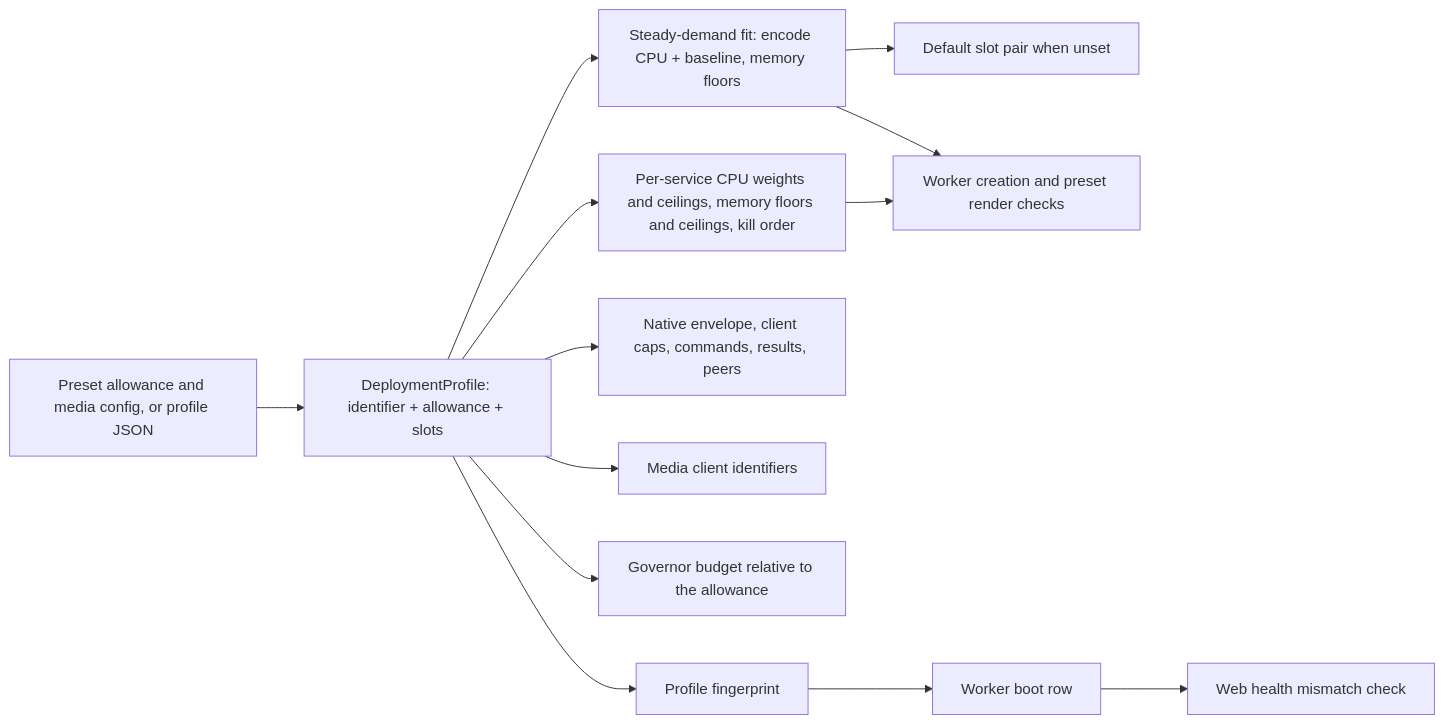
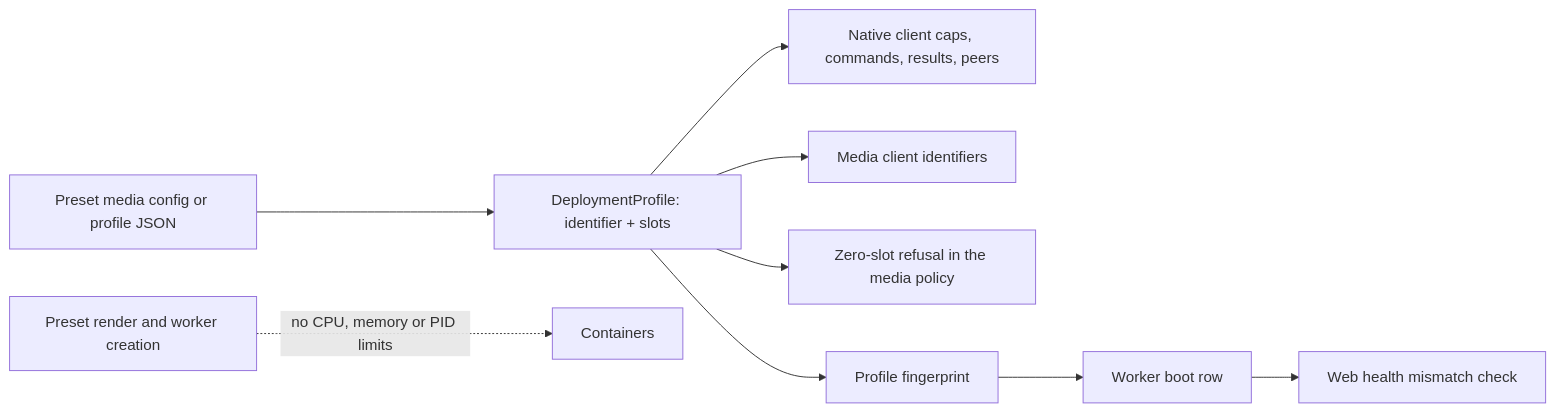
One commit to baander-app/baander changed the first of 2 diagrams in docs/plans/2026-11-03-1905-feat-configurable-media-capacity-plan.md. Above: the diagram before and after it, drawn with Mermaid. The commit also changed other lines of this file and 1 other file, not shown here.

First line of the commit message:
docs(plan): bound media capacity with slots and drop container limits

````diff
--- a/docs/plans/2026-11-03-1905-feat-configurable-media-capacity-plan.md
+++ b/docs/plans/2026-11-03-1905-feat-configurable-media-capacity-plan.md
@@ -160,15 +156,11 @@
 ```mermaid
 flowchart LR
-    cfg[Preset allowance and media config, or profile JSON] --> profile[DeploymentProfile: identifier + allowance + slots]
-    profile --> fit[Steady-demand fit: encode CPU + baseline, memory floors]
-    fit --> slots[Default slot pair when unset]
-    profile --> ranges[Per-service CPU weights and ceilings, memory floors and ceilings, kill order]
-    profile --> native[Native envelope, client caps, commands, results, peers]
+    cfg[Preset media config or profile JSON] --> profile[DeploymentProfile: identifier + slots]
+    profile --> native[Native client caps, commands, results, peers]
     profile --> ids[Media client identifiers]
-    profile --> gov[Governor budget relative to the allowance]
+    profile --> policy[Zero-slot refusal in the media policy]
     profile --> fp[Profile fingerprint]
-    fit --> admit[Worker creation and preset render checks]
-    ranges --> admit
     fp --> boot[Worker boot row]
     boot --> health[Web health mismatch check]
+    render[Preset render and worker creation] -.->|no CPU, memory or PID limits| containers[Containers]
 ```
````
